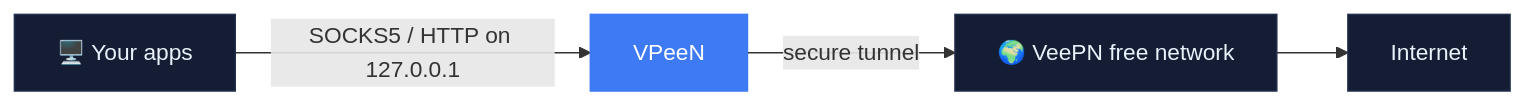
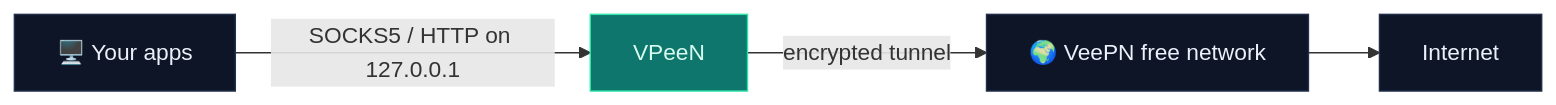
The first of 2 diagrams in README.md (SirBNL/VPeeN), drawn with Mermaid before and after one commit. The commit also changed other lines of this file and 18 other files, not shown here.

````diff
--- a/README.md
+++ b/README.md
@@ -36,10 +42,10 @@
 ```mermaid
 flowchart LR
     A["🖥️ Your apps"] -->|"SOCKS5 / HTTP on 127.0.0.1"| B["VPeeN"]
-    B -->|"secure tunnel"| C["🌍 VeePN free network"]
+    B -->|"encrypted tunnel"| C["🌍 VeePN free network"]
     C --> D["Internet"]
-    style B fill:#3e7af4,color:#ffffff,stroke:#3e7af4
-    style A fill:#141d33,color:#eaf1fb,stroke:#22304d
-    style C fill:#141d33,color:#eaf1fb,stroke:#22304d
-    style D fill:#141d33,color:#eaf1fb,stroke:#22304d
+    style B fill:#0f766e,color:#d7fbee,stroke:#2de3a7
+    style A fill:#0e1526,color:#eaf1fb,stroke:#22304d
+    style C fill:#0e1526,color:#eaf1fb,stroke:#22304d
+    style D fill:#0e1526,color:#eaf1fb,stroke:#22304d
 ```
````
